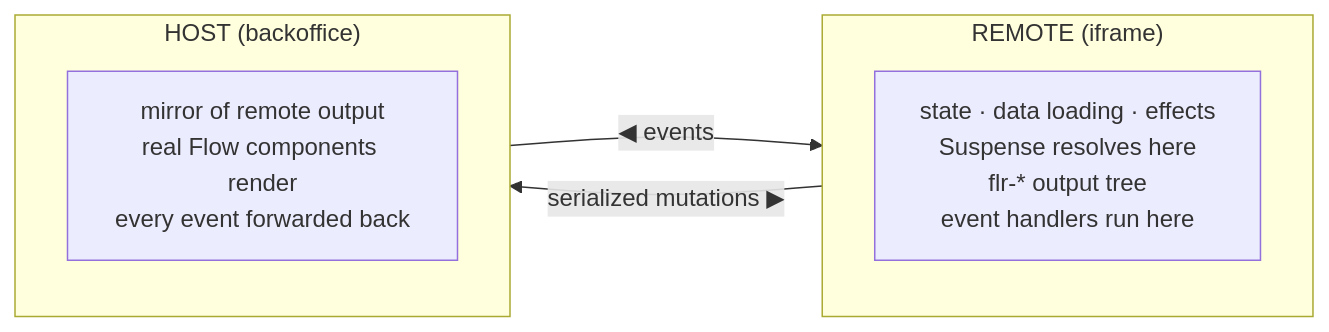
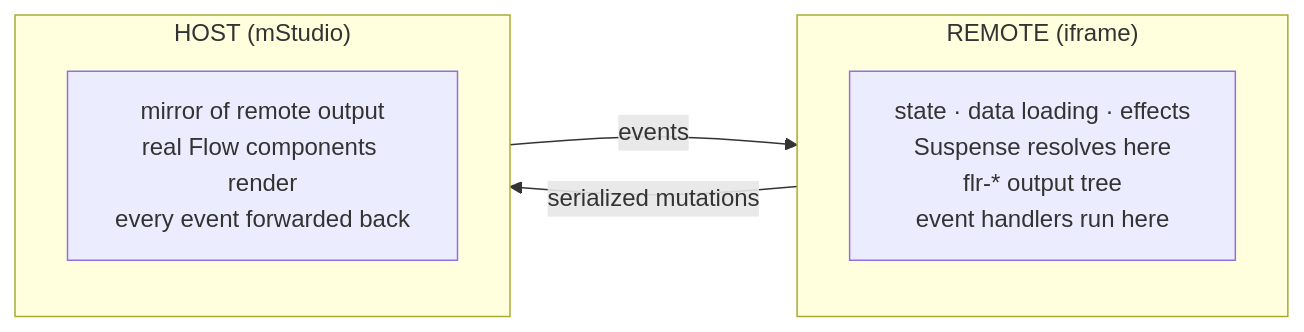
The second of 2 diagrams in docs/remote-ui.md (mittwald/flow), drawn with Mermaid before and after one commit. The commit also changed other lines of this file, not shown here.

Commit message:
docs(remote-ui): address review — link file refs, unify host term, clean diagram

````diff
--- a/docs/remote-ui.md
+++ b/docs/remote-ui.md
@@ -99,13 +99,13 @@
 ```mermaid
 flowchart LR
   subgraph REMOTE["REMOTE (iframe)"]
     direction TB
     R["state · data loading · effects<br/>Suspense resolves here<br/>flr-* output tree<br/>event handlers run here"]
   end
-  subgraph HOST["HOST (backoffice)"]
+  subgraph HOST["HOST (mStudio)"]
     direction TB
     H["mirror of remote output<br/>real Flow components render<br/>every event forwarded back"]
   end
-  REMOTE -- "serialized mutations ▶" --> HOST
-  HOST -- "◀ events" --> REMOTE
+  REMOTE -- "serialized mutations" --> HOST
+  HOST -- "events" --> REMOTE
 ```
````
